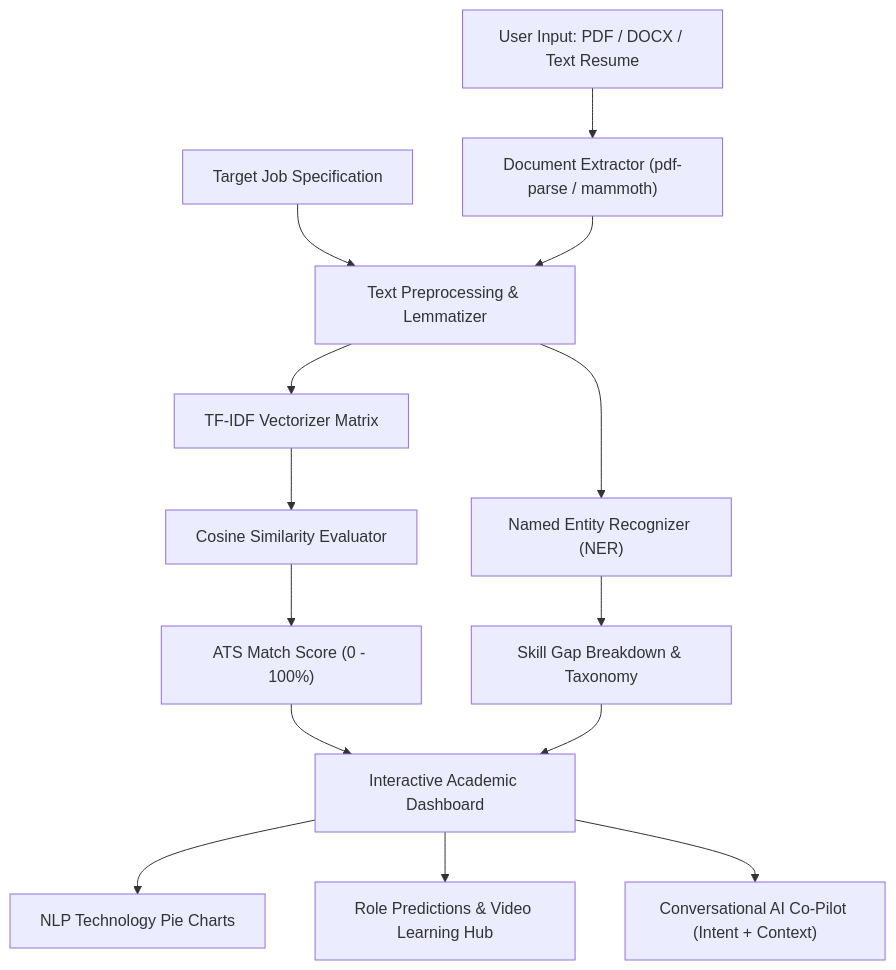
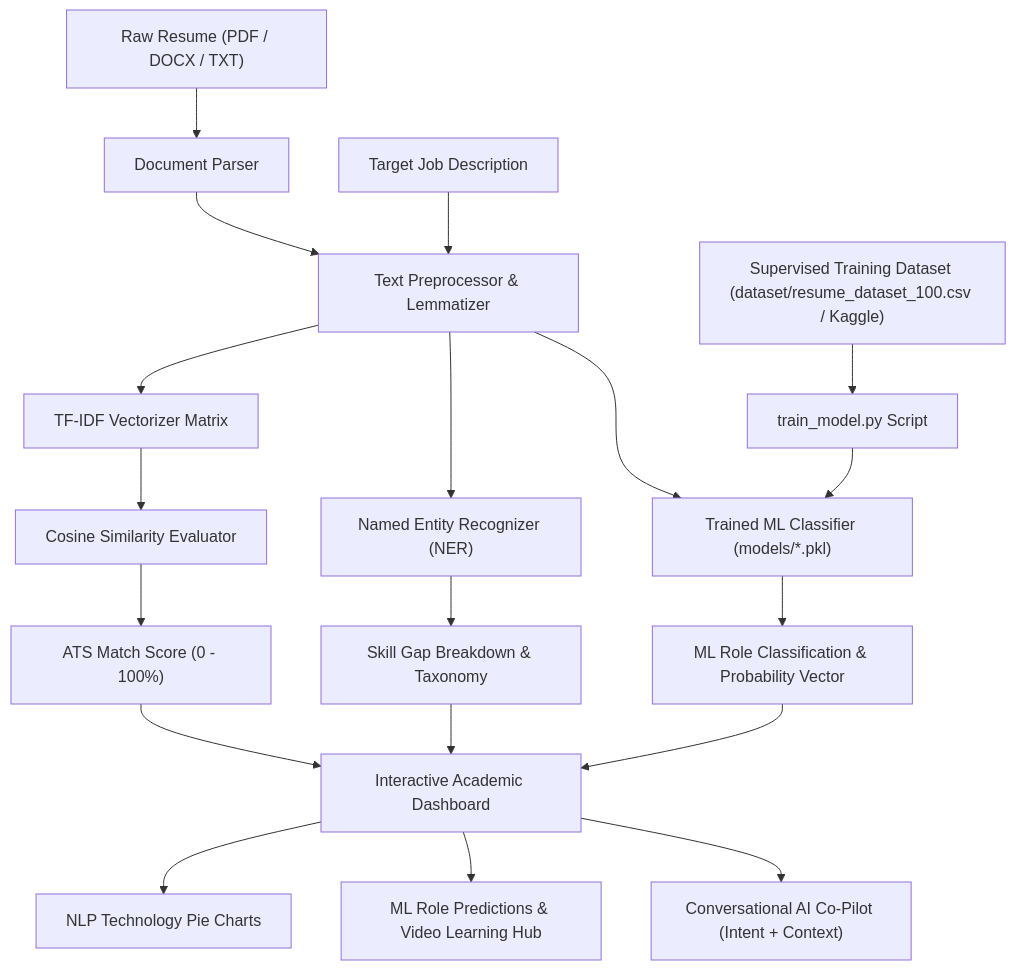
The diagram in NLP_MICROPROJECT_REPORT.md (jayraj175coder/NLP_Resume_Analyzer), drawn with Mermaid before and after one commit. The commit also changed other lines of this file and 12 other files, not shown here.

Commit message:
feat: Add Supervised ML model training pipeline, Kaggle dataset support, and update README

````diff
--- a/NLP_MICROPROJECT_REPORT.md
+++ b/NLP_MICROPROJECT_REPORT.md
@@ -47,20 +55,26 @@
 ```mermaid
 graph TD
-    A["User Input: PDF / DOCX / Text Resume"] --> B["Document Extractor (pdf-parse / mammoth)"]
-    C["Target Job Specification"] --> D["Text Preprocessing & Lemmatizer"]
+    A["Raw Resume (PDF / DOCX / TXT)"] --> B["Document Parser"]
+    C["Target Job Description"] --> D["Text Preprocessor & Lemmatizer"]
     B --> D
     
     D --> E["TF-IDF Vectorizer Matrix"]
     E --> F["Cosine Similarity Evaluator"]
     D --> G["Named Entity Recognizer (NER)"]
     
-    F --> H["ATS Match Score (0 - 100%)"]
-    G --> I["Skill Gap Breakdown & Taxonomy"]
+    H["Supervised Training Dataset (dataset/resume_dataset_100.csv / Kaggle)"] --> I["train_model.py Script"]
+    I --> J["Trained ML Classifier (models/*.pkl)"]
+    D --> J
+    J --> K["ML Role Classification & Probability Vector"]
     
-    H --> J["Interactive Academic Dashboard"]
-    I --> J
+    F --> L["ATS Match Score (0 - 100%)"]
+    G --> M["Skill Gap Breakdown & Taxonomy"]
     
-    J --> K["NLP Technology Pie Charts"]
-    J --> L["Role Predictions & Video Learning Hub"]
-    J --> M["Conversational AI Co-Pilot (Intent + Context)"]
+    L --> N["Interactive Academic Dashboard"]
+    M --> N
+    K --> N
+    
+    N --> O["NLP Technology Pie Charts"]
+    N --> P["ML Role Predictions & Video Learning Hub"]
+    N --> Q["Conversational AI Co-Pilot (Intent + Context)"]
 ```
````
